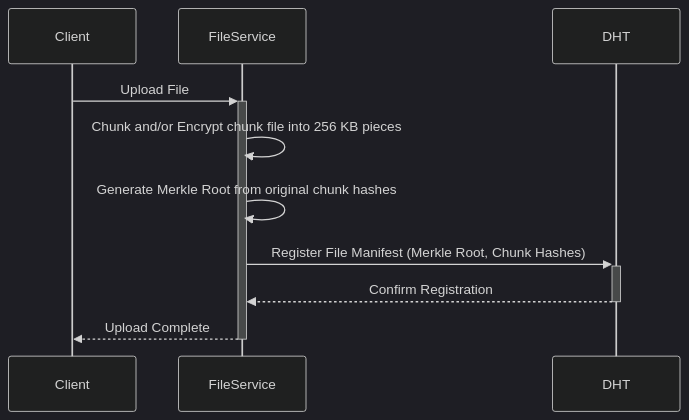
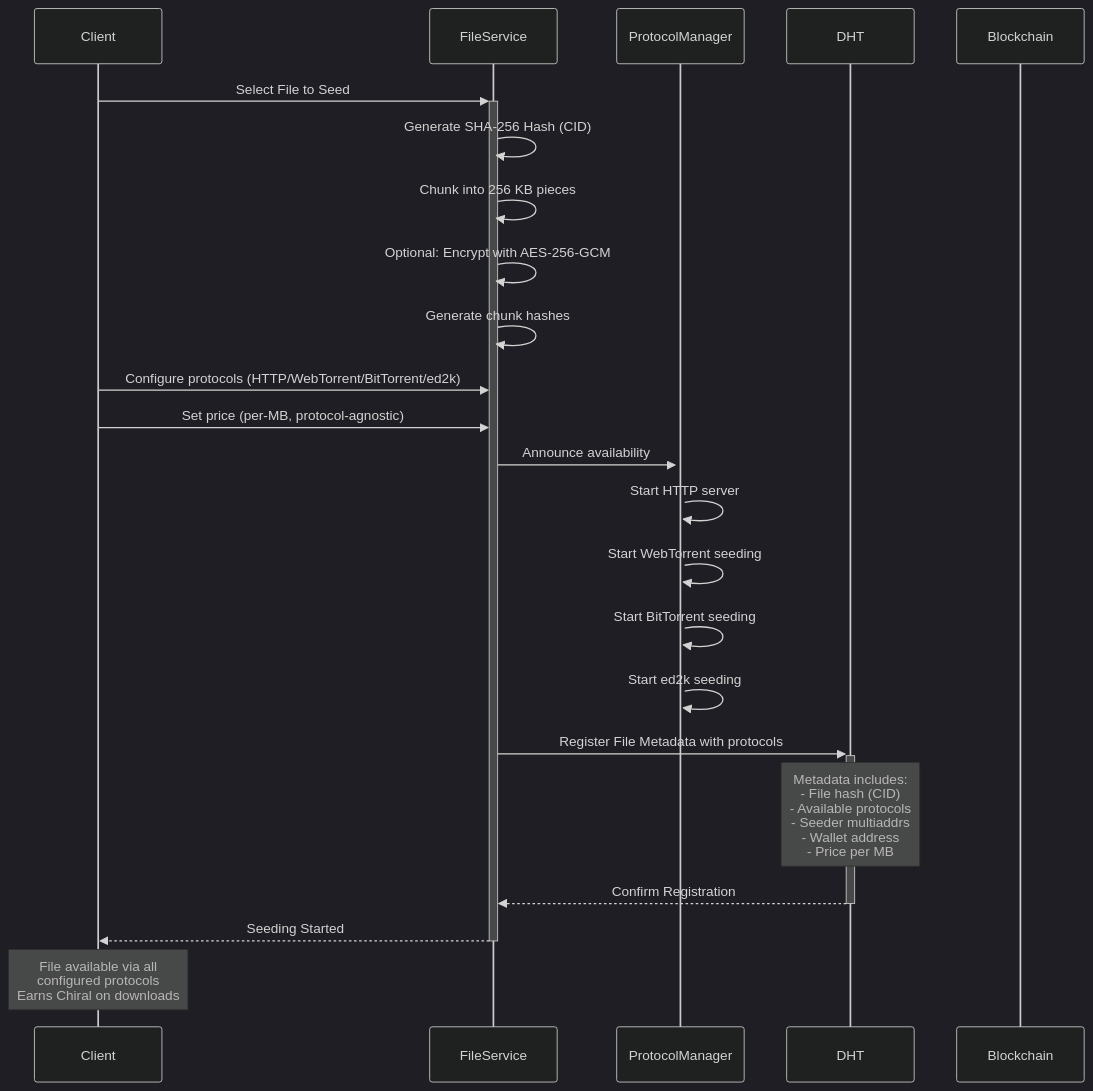
Before and after one commit to walrus-chanul-dandeniya/chiral-network: the first of 2 diagrams in docs/architecture.md, drawn with Mermaid (dark theme). The commit also changed other lines of this file, not shown here.

````diff
--- a/docs/architecture.md
+++ b/docs/architecture.md
@@ -287,13 +1087,30 @@
 ```mermaid
 sequenceDiagram
     participant Client
     participant FileService
+    participant ProtocolManager
     participant DHT
+    participant Blockchain
 
-    Client->>+FileService: Upload File
-    FileService->>FileService: Chunk and/or Encrypt chunk file into 256 KB pieces
-    FileService->>FileService: Generate Merkle Root from original chunk hashes
-    FileService->>+DHT: Register File Manifest (Merkle Root, Chunk Hashes)
+    Client->>+FileService: Select File to Seed
+    FileService->>FileService: Generate SHA-256 Hash (CID)
+    FileService->>FileService: Chunk into 256 KB pieces
+    FileService->>FileService: Optional: Encrypt with AES-256-GCM
+    FileService->>FileService: Generate chunk hashes
+
+    Client->>FileService: Configure protocols (HTTP/WebTorrent/BitTorrent/ed2k)
+    Client->>FileService: Set price (per-MB, protocol-agnostic)
+
+    FileService->>+ProtocolManager: Announce availability
+    ProtocolManager->>ProtocolManager: Start HTTP server
+    ProtocolManager->>ProtocolManager: Start WebTorrent seeding
+    ProtocolManager->>ProtocolManager: Start BitTorrent seeding
+    ProtocolManager->>ProtocolManager: Start ed2k seeding
+
+    FileService->>+DHT: Register File Metadata with protocols
+    Note over DHT: Metadata includes:<br/>- File hash (CID)<br/>- Available protocols<br/>- Seeder multiaddrs<br/>- Wallet address<br/>- Price per MB
     DHT-->>-FileService: Confirm Registration
-    FileService-->>-Client: Upload Complete
+
+    FileService-->>-Client: Seeding Started
+    Note over Client: File available via all<br/>configured protocols<br/>Earns Chiral on downloads
 ```
````
